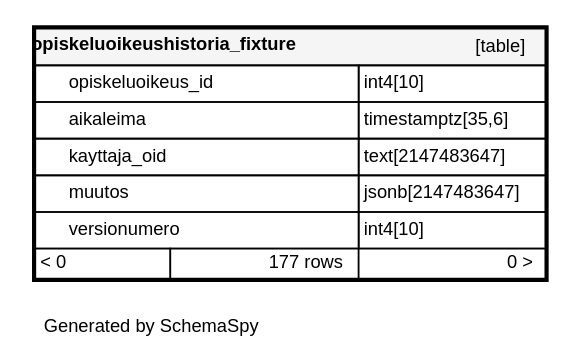
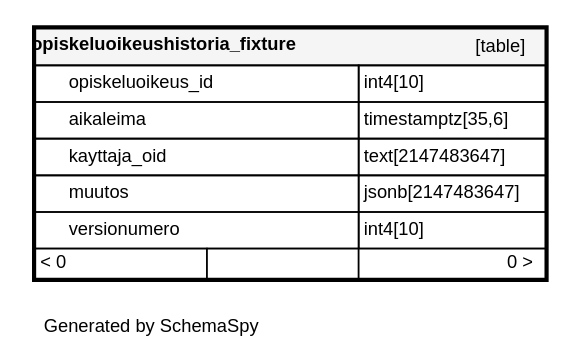
The diagram in documentation/tietokantaskeemat/koski/diagrams/tables/opiskeluoikeushistoria_fixture.1degree.dot (Opetushallitus/koski), drawn with Graphviz before and after one commit. The commit also changed 124 other files, not shown here.

```diff
--- a/documentation/tietokantaskeemat/koski/diagrams/tables/opiskeluoikeushistoria_fixture.1degree.dot
+++ b/documentation/tietokantaskeemat/koski/diagrams/tables/opiskeluoikeushistoria_fixture.1degree.dot
@@ -1,18 +1,18 @@
 digraph "oneDegreeRelationshipsDiagram" {
   graph [    rankdir="RL"    bgcolor="#ffffff"    label="\nGenerated by SchemaSpy"    labeljust="l"    nodesep="0.18"    ranksep="0.46"    fontname="Helvetica"    fontsize="11"    ration="compress"  ];  node [    fontname="Helvetica"    fontsize="11"    shape="plaintext"  ];  edge [    arrowsize="0.8"  ];
   "opiskeluoikeushistoria_fixture" [
    label=<
     <TABLE BORDER="2" CELLBORDER="1" CELLSPACING="0" BGCOLOR="#ffffff">
       <TR><TD COLSPAN="4"  BGCOLOR="#f5f5f5"><TABLE BORDER="0" CELLSPACING="0"><TR><TD ALIGN="LEFT" FIXEDSIZE="TRUE" WIDTH="173" HEIGHT="16"><B>opiskeluoikeushistoria_fixture</B></TD><TD ALIGN="RIGHT">[table]</TD></TR></TABLE></TD></TR>
       <TR><TD PORT="opiskeluoikeus_id" COLSPAN="2" ALIGN="LEFT"><TABLE BORDER="0" CELLSPACING="0" ALIGN="LEFT"><TR ALIGN="LEFT"><TD ALIGN="LEFT" FIXEDSIZE="TRUE" WIDTH="15" HEIGHT="16"></TD><TD ALIGN="LEFT" FIXEDSIZE="TRUE" WIDTH="173" HEIGHT="16">opiskeluoikeus_id</TD></TR></TABLE></TD><TD PORT="opiskeluoikeus_id.type" ALIGN="LEFT">int4[10]</TD></TR>
       <TR><TD PORT="aikaleima" COLSPAN="2" ALIGN="LEFT"><TABLE BORDER="0" CELLSPACING="0" ALIGN="LEFT"><TR ALIGN="LEFT"><TD ALIGN="LEFT" FIXEDSIZE="TRUE" WIDTH="15" HEIGHT="16"></TD><TD ALIGN="LEFT" FIXEDSIZE="TRUE" WIDTH="173" HEIGHT="16">aikaleima</TD></TR></TABLE></TD><TD PORT="aikaleima.type" ALIGN="LEFT">timestamptz[35,6]</TD></TR>
       <TR><TD PORT="kayttaja_oid" COLSPAN="2" ALIGN="LEFT"><TABLE BORDER="0" CELLSPACING="0" ALIGN="LEFT"><TR ALIGN="LEFT"><TD ALIGN="LEFT" FIXEDSIZE="TRUE" WIDTH="15" HEIGHT="16"></TD><TD ALIGN="LEFT" FIXEDSIZE="TRUE" WIDTH="173" HEIGHT="16">kayttaja_oid</TD></TR></TABLE></TD><TD PORT="kayttaja_oid.type" ALIGN="LEFT">text[2147483647]</TD></TR>
       <TR><TD PORT="muutos" COLSPAN="2" ALIGN="LEFT"><TABLE BORDER="0" CELLSPACING="0" ALIGN="LEFT"><TR ALIGN="LEFT"><TD ALIGN="LEFT" FIXEDSIZE="TRUE" WIDTH="15" HEIGHT="16"></TD><TD ALIGN="LEFT" FIXEDSIZE="TRUE" WIDTH="173" HEIGHT="16">muutos</TD></TR></TABLE></TD><TD PORT="muutos.type" ALIGN="LEFT">jsonb[2147483647]</TD></TR>
       <TR><TD PORT="versionumero" COLSPAN="2" ALIGN="LEFT"><TABLE BORDER="0" CELLSPACING="0" ALIGN="LEFT"><TR ALIGN="LEFT"><TD ALIGN="LEFT" FIXEDSIZE="TRUE" WIDTH="15" HEIGHT="16"></TD><TD ALIGN="LEFT" FIXEDSIZE="TRUE" WIDTH="173" HEIGHT="16">versionumero</TD></TR></TABLE></TD><TD PORT="versionumero.type" ALIGN="LEFT">int4[10]</TD></TR>
-      <TR><TD ALIGN="LEFT" BGCOLOR="#ffffff">&lt; 0</TD><TD ALIGN="RIGHT" BGCOLOR="#ffffff">177 rows</TD><TD ALIGN="RIGHT" BGCOLOR="#ffffff">0 &gt;</TD></TR>
+      <TR><TD ALIGN="LEFT" BGCOLOR="#ffffff">&lt; 0</TD><TD ALIGN="RIGHT" BGCOLOR="#ffffff">  </TD><TD ALIGN="RIGHT" BGCOLOR="#ffffff">0 &gt;</TD></TR>
     </TABLE>>
     URL="../../tables/opiskeluoikeushistoria_fixture.html"
     target="_top"
     tooltip="opiskeluoikeushistoria_fixture"
   ];
 }
```
